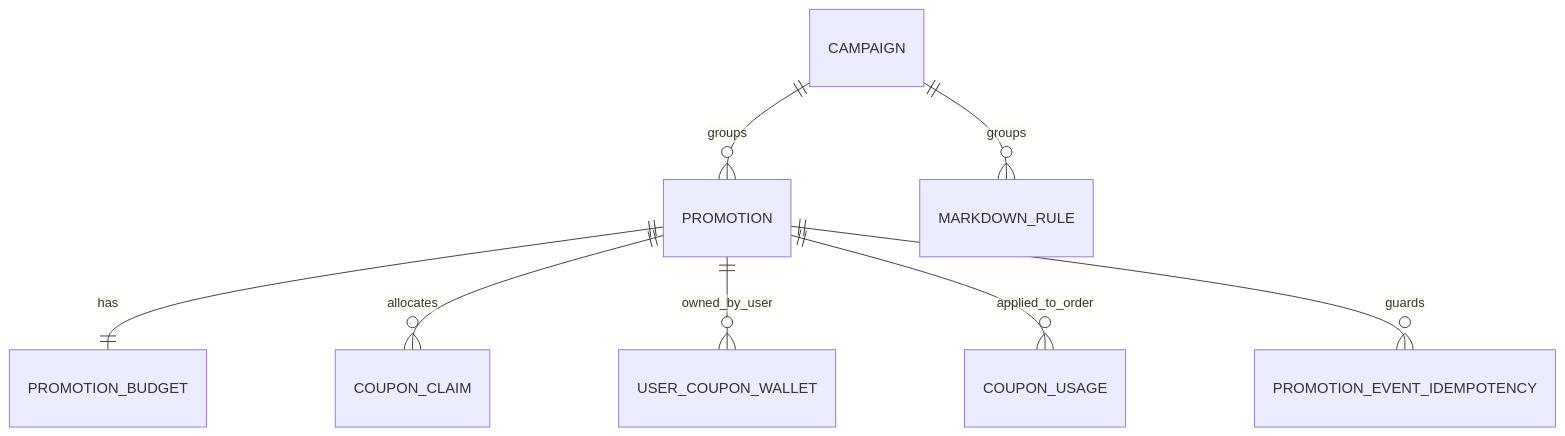
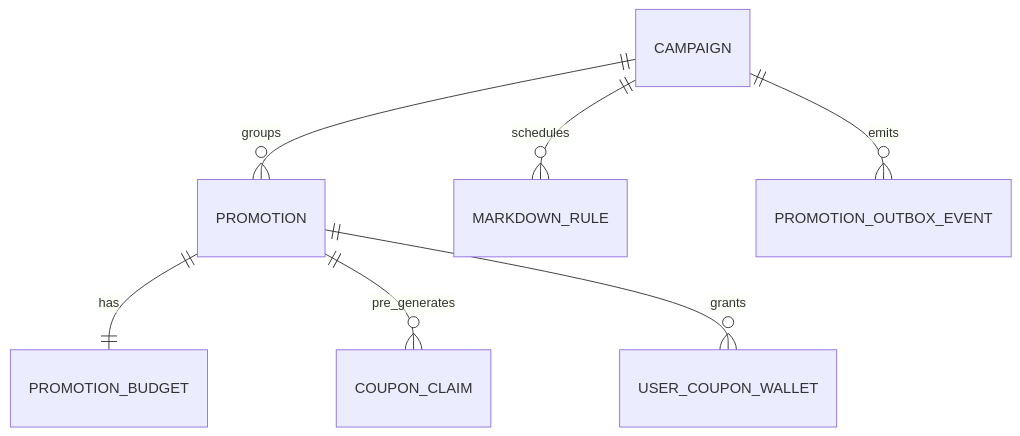
One commit to quangdung2110/e-commerce-microservices changed the diagram in docs/promotion/data.md. Above: the diagram before and after it, drawn with Mermaid. The commit also changed other lines of this file and 18 other files, not shown here.

First line of the commit message:
docs(promotion): redesign campaign and voucher architecture

````diff
--- a/docs/promotion/data.md
+++ b/docs/promotion/data.md
@@ -27,10 +32,9 @@
 ```mermaid
 erDiagram
   CAMPAIGN ||--o{ PROMOTION : groups
-  CAMPAIGN ||--o{ MARKDOWN_RULE : groups
+  CAMPAIGN ||--o{ MARKDOWN_RULE : schedules
   PROMOTION ||--|| PROMOTION_BUDGET : has
-  PROMOTION ||--o{ COUPON_CLAIM : allocates
-  PROMOTION ||--o{ USER_COUPON_WALLET : owned_by_user
-  PROMOTION ||--o{ COUPON_USAGE : applied_to_order
-  PROMOTION ||--o{ PROMOTION_EVENT_IDEMPOTENCY : guards
+  PROMOTION ||--o{ COUPON_CLAIM : pre_generates
+  PROMOTION ||--o{ USER_COUPON_WALLET : grants
+  CAMPAIGN ||--o{ PROMOTION_OUTBOX_EVENT : emits
 ```
````
